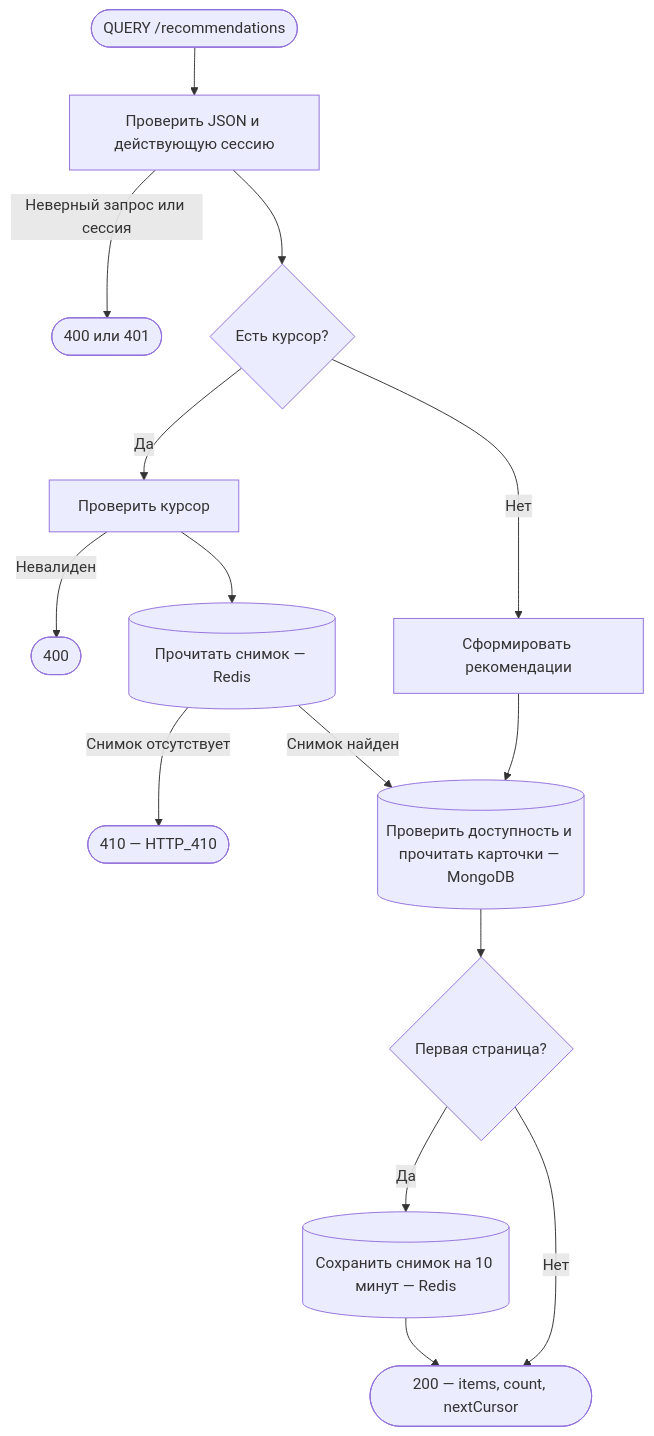
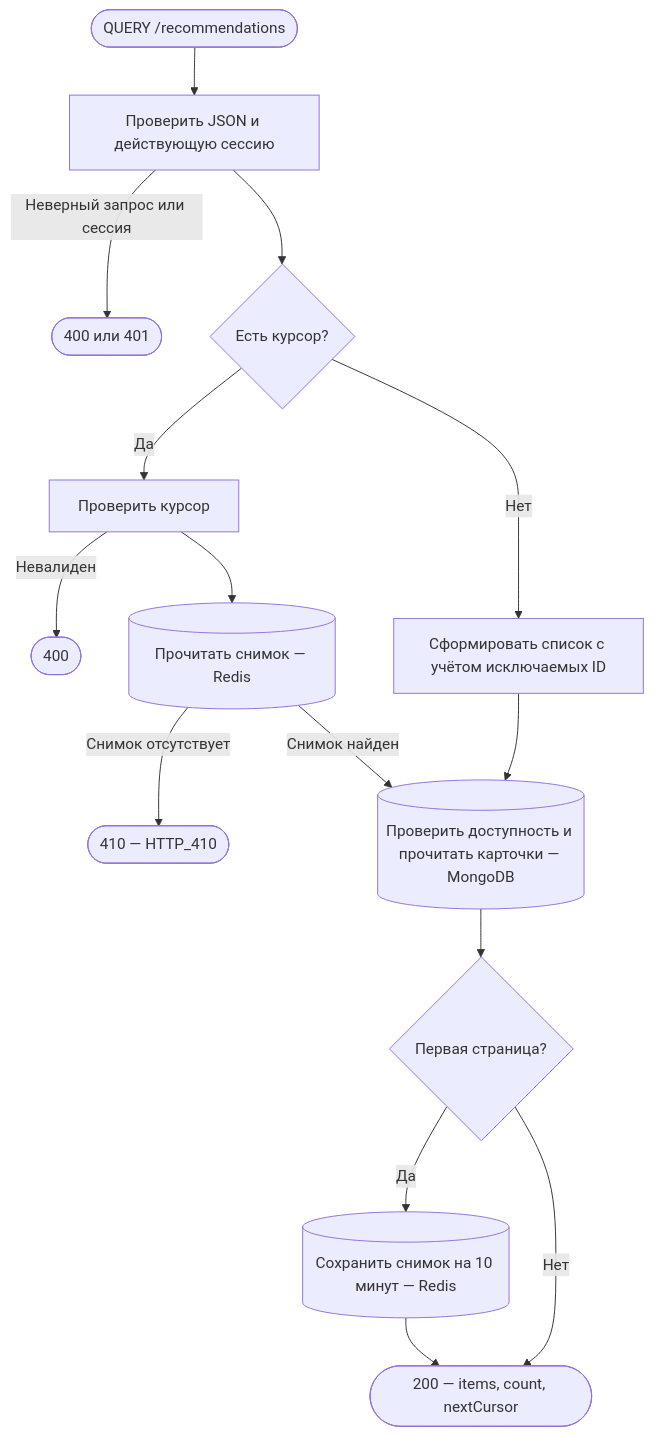
One commit to AmyGrooove/f95-tinder changed the second of 8 diagrams in apps/api/public/docs/api/requestFlows/catalog.md. Above: the diagram before and after it, drawn with Mermaid. The commit also changed other lines of this file and 135 other files, not shown here.

````diff
--- a/apps/api/public/docs/api/requestFlows/catalog.md
+++ b/apps/api/public/docs/api/requestFlows/catalog.md
@@ -95,19 +98,19 @@
 ```mermaid
 flowchart TD
     accTitle: Прочитать страницу рекомендаций
     accDescr: Проверить сессию, сформировать или продолжить снимок и перечитать доступные карточки
     A(["QUERY /recommendations"]):::http --> B["Проверить JSON и действующую сессию"]:::action
     B -->|Неверный запрос или сессия| C(["400 или 401"]):::http
     B --> D{"Есть курсор?"}:::action
     D -->|Да| E["Проверить курсор"]:::action
     E -->|Невалиден| F(["400"]):::http
     E --> G[("Прочитать снимок — Redis")]:::data
     G -->|Снимок отсутствует| H(["410 — HTTP_410"]):::http
-    D -->|Нет| I["Сформировать рекомендации"]:::action
+    D -->|Нет| I["Сформировать список с учётом исключаемых ID"]:::action
     I --> J[("Проверить доступность и прочитать карточки — MongoDB")]:::data
     G -->|Снимок найден| J
     J --> K{"Первая страница?"}:::action
     K -->|Да| L[("Сохранить снимок на 10 минут — Redis")]:::data
     L --> M(["200 — items, count, nextCursor"]):::http
     K -->|Нет| M
 ```
````
